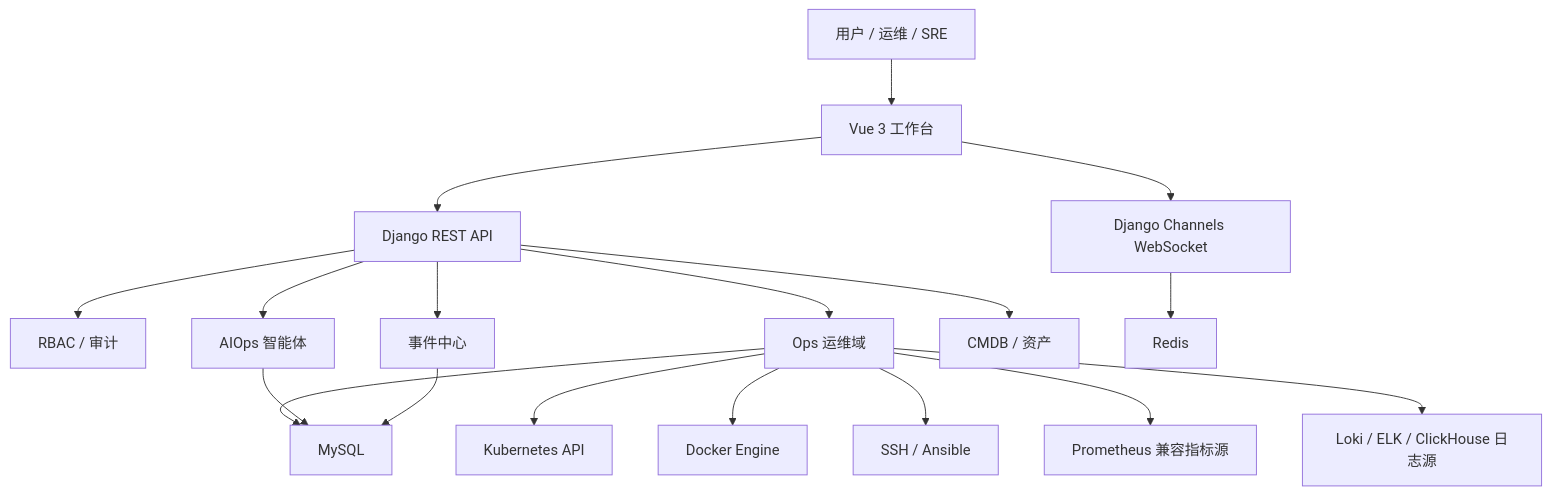
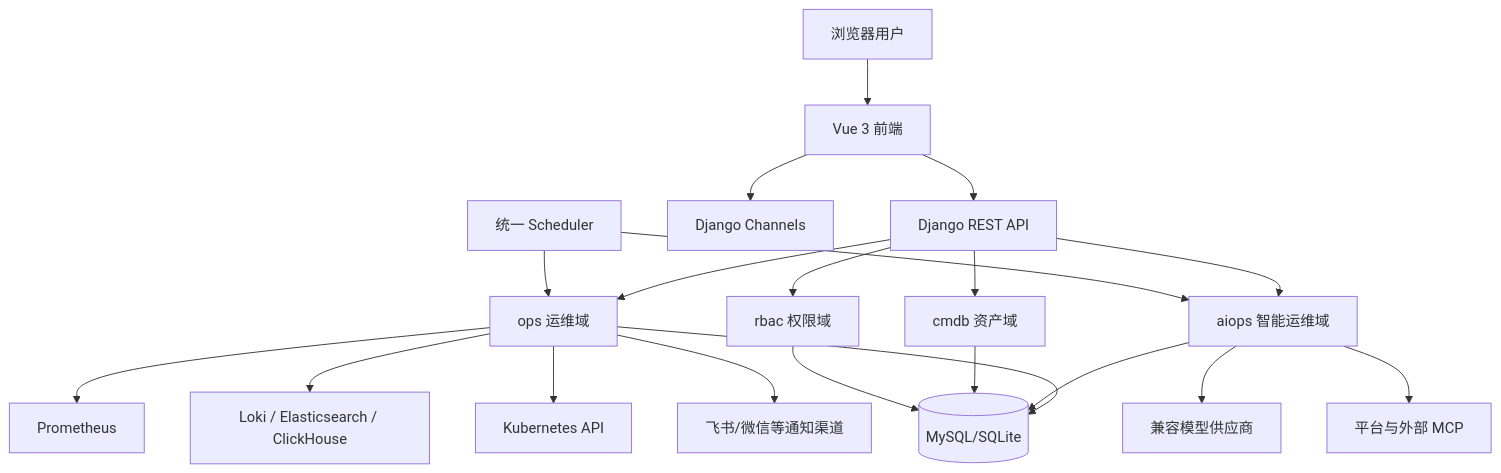
The first of 3 diagrams in docs/项目架构.md (zhang410781/xingcloud), drawn with Mermaid before and after one commit. The commit also changed other lines of this file and 51 other files, not shown here.

````diff
--- a/docs/项目架构.md
+++ b/docs/项目架构.md
@@ -7,23 +7,26 @@
 ```mermaid
 flowchart TB
-    user["用户 / 运维 / SRE"] --> web["Vue 3 工作台"]
-    web --> api["Django REST API"]
-    web --> ws["Django Channels WebSocket"]
+    user[浏览器用户] --> vue[Vue 3 前端]
+    vue --> api[Django REST API]
+    vue --> ws[Django Channels]
 
-    api --> rbac["RBAC / 审计"]
-    api --> ops["Ops 运维域"]
-    api --> aiops["AIOps 智能体"]
-    api --> eventwall["事件中心"]
-    api --> cmdb["CMDB / 资产"]
+    api --> ops[ops 运维域]
+    api --> aiops[aiops 智能运维域]
+    api --> cmdb[cmdb 资产域]
+    api --> rbac[rbac 权限域]
 
-    ops --> mysql["MySQL"]
-    aiops --> mysql
-    eventwall --> mysql
-    ws --> redis["Redis"]
+    scheduler[统一 Scheduler] --> ops
+    scheduler --> aiops
 
-    ops --> k8s["Kubernetes API"]
-    ops --> docker["Docker Engine"]
-    ops --> ssh["SSH / Ansible"]
-    ops --> prom["Prometheus 兼容指标源"]
-    ops --> logs["Loki / ELK / ClickHouse 日志源"]
+    ops --> db[(MySQL/SQLite)]
+    aiops --> db
+    cmdb --> db
+    rbac --> db
+
+    ops --> prom[Prometheus]
+    ops --> logs[Loki / Elasticsearch / ClickHouse]
+    ops --> k8s[Kubernetes API]
+    ops --> notify[飞书/微信等通知渠道]
+    aiops --> llm[兼容模型供应商]
+    aiops --> mcp[平台与外部 MCP]
 ```
````
